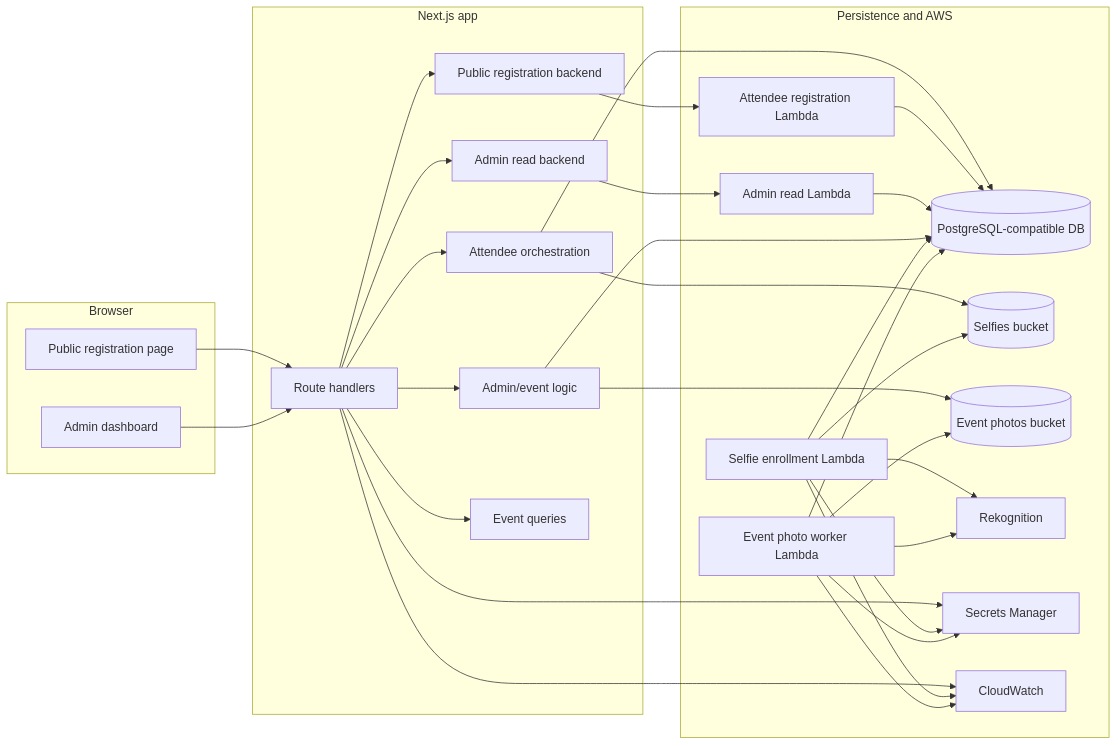
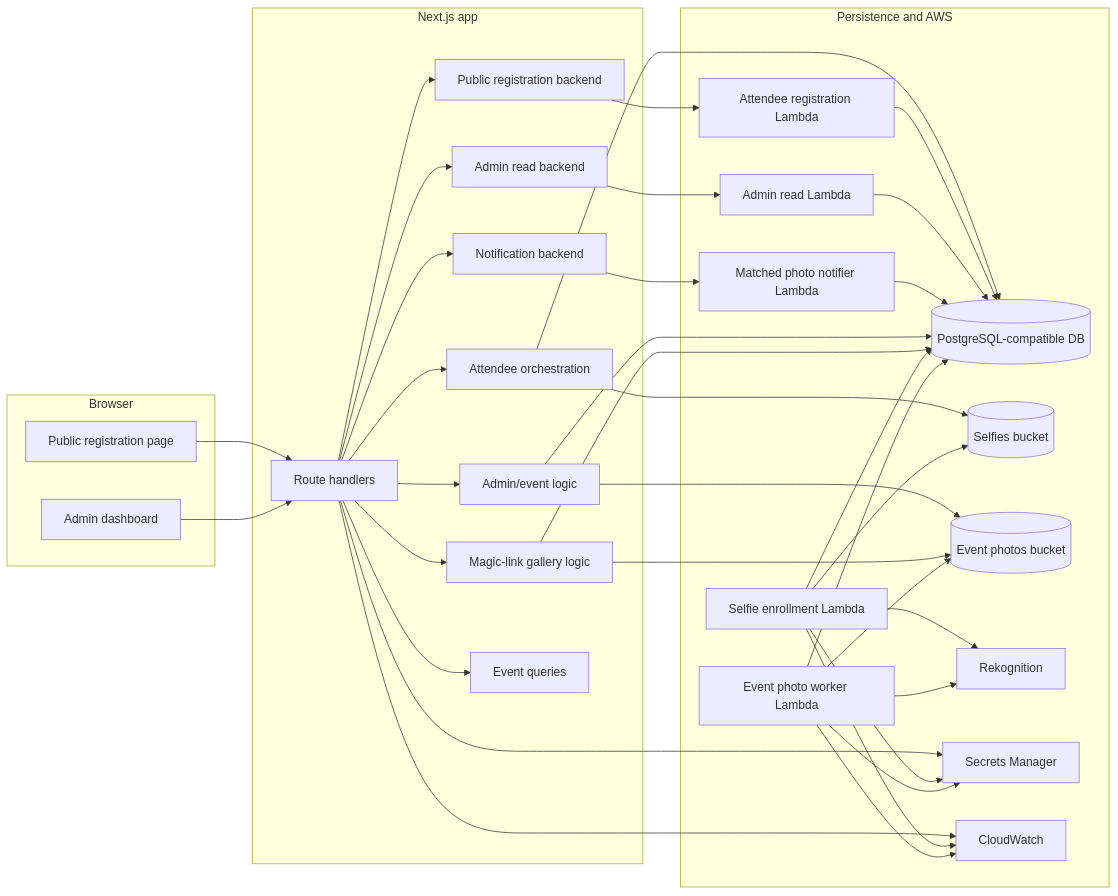
One commit to anyulled/FaceLocator changed the third of 8 diagrams in README.md. Above: the diagram before and after it, drawn with Mermaid. The commit also changed other lines of this file and 16 other files, not shown here.

Commit message:
fix: route magic links through notifier lambda

````diff
--- a/README.md
+++ b/README.md
@@ -102,57 +107,66 @@
 ```mermaid
 flowchart LR
   subgraph Browser
     publicPage["Public registration page"]
     adminPage["Admin dashboard"]
   end
 
   subgraph NextJS["Next.js app"]
     routes["Route handlers"]
     publicBackend["Public registration backend"]
     adminBackend["Admin read backend"]
+    notificationBackend["Notification backend"]
     attendeeLib["Attendee orchestration"]
     adminLib["Admin/event logic"]
+    notificationLib["Magic-link gallery logic"]
     eventQueries["Event queries"]
   end
 
   subgraph Data["Persistence and AWS"]
     db[(PostgreSQL-compatible DB)]
     s3Selfies[(Selfies bucket)]
     s3Photos[(Event photos bucket)]
     lambdaEnroll["Selfie enrollment Lambda"]
     lambdaAttendee["Attendee registration Lambda"]
     lambdaAdmin["Admin read Lambda"]
+    lambdaNotifier["Matched photo notifier Lambda"]
     lambdaPhotos["Event photo worker Lambda"]
     rekognition["Rekognition"]
     secrets["Secrets Manager"]
     cloudwatch["CloudWatch"]
   end
 
   publicPage --> routes
   adminPage --> routes
   routes --> publicBackend
   routes --> adminBackend
+  routes --> notificationBackend
   routes --> attendeeLib
   routes --> adminLib
+  routes --> notificationLib
   routes --> eventQueries
   attendeeLib --> db
   attendeeLib --> s3Selfies
   publicBackend --> lambdaAttendee
   adminBackend --> lambdaAdmin
+  notificationBackend --> lambdaNotifier
   lambdaAttendee --> db
   lambdaAdmin --> db
+  lambdaNotifier --> db
   adminLib --> db
   adminLib --> s3Photos
+  notificationLib --> db
+  notificationLib --> s3Photos
   lambdaEnroll --> s3Selfies
   lambdaEnroll --> rekognition
   lambdaEnroll --> db
   lambdaPhotos --> s3Photos
   lambdaPhotos --> rekognition
   lambdaPhotos --> db
   routes --> cloudwatch
   lambdaEnroll --> cloudwatch
   lambdaPhotos --> cloudwatch
   routes --> secrets
   lambdaEnroll --> secrets
   lambdaPhotos --> secrets
 ```
````
